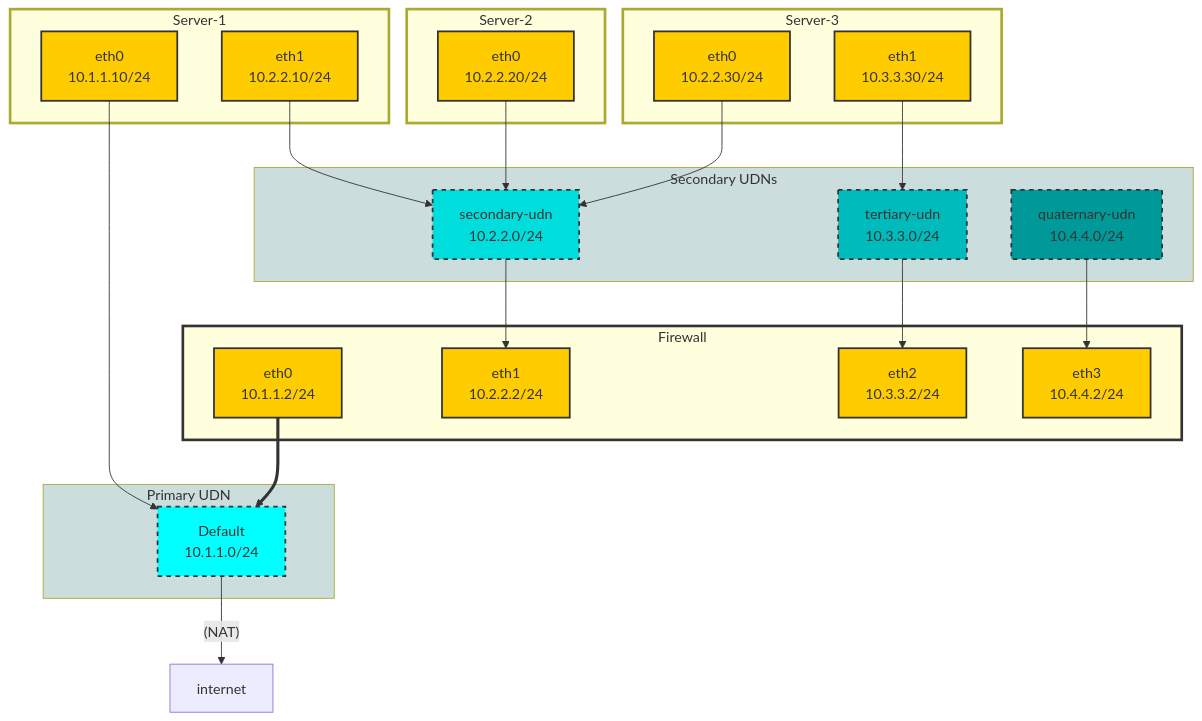
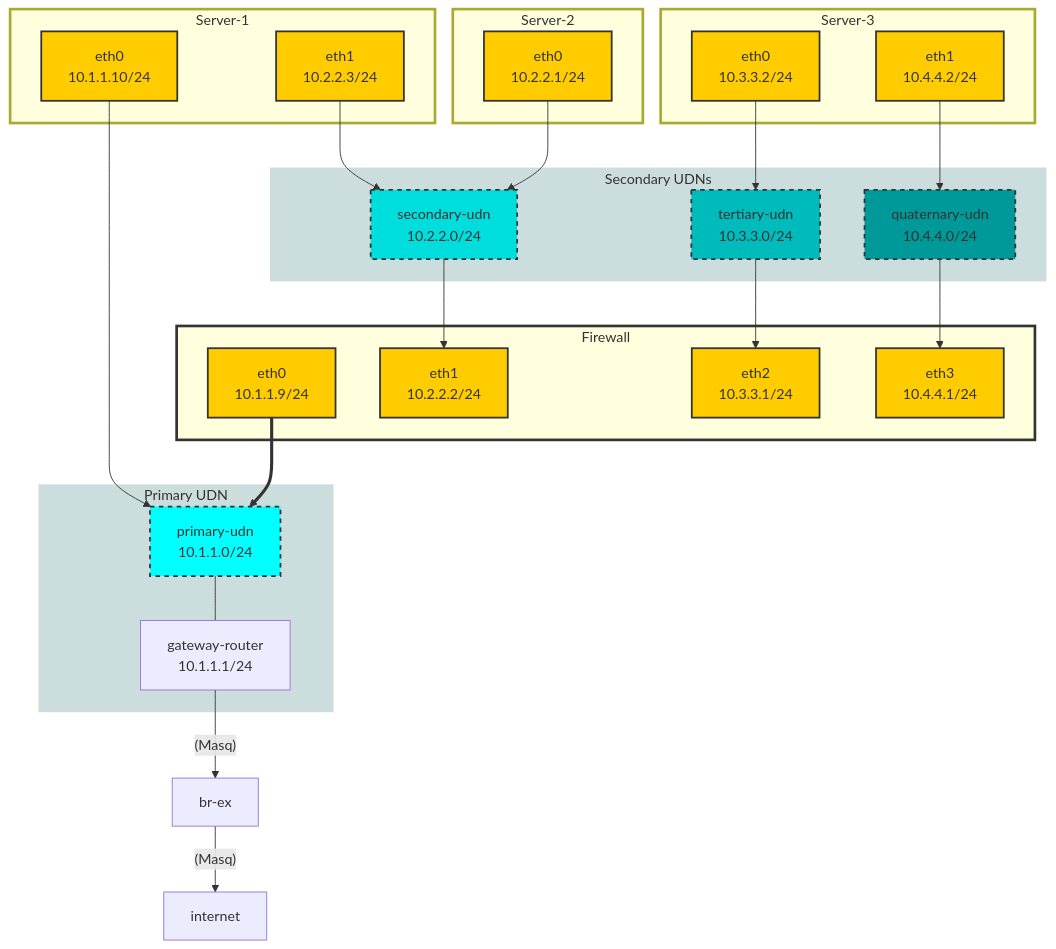
The diagram in demos/sandbox/readme.md (dlbewley/demo-cni), drawn with Mermaid before and after one commit. The commit also changed other lines of this file, not shown here.

Commit message:
Update readme with UDN details and server configurations

````diff
--- a/demos/sandbox/readme.md
+++ b/demos/sandbox/readme.md
@@ -10,58 +16,62 @@
 ```mermaid
 graph TD;
-    classDef interface fill:#ffcc00,stroke:#333,stroke-width:2px;
-    classDef network fill:#ddd,stroke:#333,stroke-width:2px;
-    classDef neighbor fill:#ffeb99,stroke:#333,stroke-width:2px;
-    classDef net-1st fill:#00ffff,stroke:#333,stroke-width:2px,stroke-dasharray: 5 5;
-    classDef net-2nd fill:#00dddd,stroke:#333,stroke-width:2px,stroke-dasharray: 5 5;
-    classDef net-3rd fill:#00bbbb,stroke:#333,stroke-width:2px,stroke-dasharray: 5 5;
-    classDef net-4th fill:#009999,stroke:#333,stroke-width:2px,stroke-dasharray: 5 5;
-
-    style nets-1 fill:#cdd
-    style nets-2 fill:#cdd
-    style Firewall stroke:#333,stroke-width:3px
-
     subgraph nets-1["Primary UDN"]
-        net-1st[Default<br> 10.1.1.0/24]:::net-1st;
+        net-1st[primary-udn<br> 10.1.1.0/24]:::net-1st;
+        net-1st --- net-1st-gr[gateway-router<br> 10.1.1.1/24]
     end
-        net-1st --(NAT)--> internet
 
     subgraph nets-2["Secondary UDNs"]
         net-2nd[secondary-udn<br>10.2.2.0/24<br>]:::net-2nd;
         net-3rd[tertiary-udn<br>10.3.3.0/24<br>]:::net-3rd;
         net-4th[quaternary-udn<br>10.4.4.0/24<br>]:::net-4th;
     end
 
     subgraph Firewall
-        eth0[eth0<br>10.1.1.2/24]:::interface;
+        eth0[eth0<br>10.1.1.9/24]:::interface;
         eth0 ==> net-1st
         eth1[eth1<br>10.2.2.2/24]:::interface;
         net-2nd --> eth1;
-        eth2[eth2<br>10.3.3.2/24]:::interface;
+        eth2[eth2<br>10.3.3.1/24]:::interface;
         net-3rd --> eth2;
-        eth3[eth3<br>10.4.4.2/24]:::interface;
+        eth3[eth3<br>10.4.4.1/24]:::interface;
         net-4th --> eth3;
     end
 
     subgraph Server-1
         server-1-eth0[eth0<br>10.1.1.10/24]:::interface;
         server-1-eth0 --> net-1st
-        server-1-eth1[eth1<br>10.2.2.10/24]:::interface;
+        server-1-eth1[eth1<br>10.2.2.3/24]:::interface;
         server-1-eth1 --> net-2nd
     end
 
     subgraph Server-2
-        server-2-eth0[eth0<br>10.2.2.20/24]:::interface;
+        server-2-eth0[eth0<br>10.2.2.1/24]:::interface;
         server-2-eth0 --> net-2nd
     end
 
     subgraph Server-3
-        server-3-eth0[eth0<br>10.2.2.30/24]:::interface;
-        server-3-eth0 --> net-2nd
-        server-3-eth1[eth1<br>10.3.3.30/24]:::interface;
-        server-3-eth1 --> net-3rd
+        server-3-eth0[eth0<br>10.3.3.2/24]:::interface;
+        server-3-eth0 --> net-3rd
+        server-3-eth1[eth1<br>10.4.4.2/24]:::interface;
+        server-3-eth1 --> net-4th
     end
 
-  classDef servers stroke-width:3px
-  class Server-1,Server-2,Server-3 servers
+
+    net-1st-gr --(Masq)--> br-ex --(Masq)--> internet
+
+    classDef interface fill:#ffcc00,stroke:#333,stroke-width:2px;
+    classDef network fill:#ddd,stroke:#333,stroke-width:2px;
+    classDef neighbor fill:#ffeb99,stroke:#333,stroke-width:2px;
+    classDef net-1st fill:#00ffff,stroke:#333,stroke-width:2px,stroke-dasharray: 5 5;
+    classDef net-2nd fill:#00dddd,stroke:#333,stroke-width:2px,stroke-dasharray: 5 5;
+    classDef net-3rd fill:#00bbbb,stroke:#333,stroke-width:2px,stroke-dasharray: 5 5;
+    classDef net-4th fill:#009999,stroke:#333,stroke-width:2px,stroke-dasharray: 5 5;
+    classDef net-l3 fill:#0099bb,stroke:#333,stroke-width:2px,stroke-dasharray: 5 5;
+
+    classDef networks fill:#cdd,stroke-width:0px
+    class nets-1,nets-2,nets-local networks
+
+    classDef servers stroke-width:3px
+    class Server-1,Server-2,Server-3 servers
+    style Firewall stroke:#333,stroke-width:3px
 ```
````
